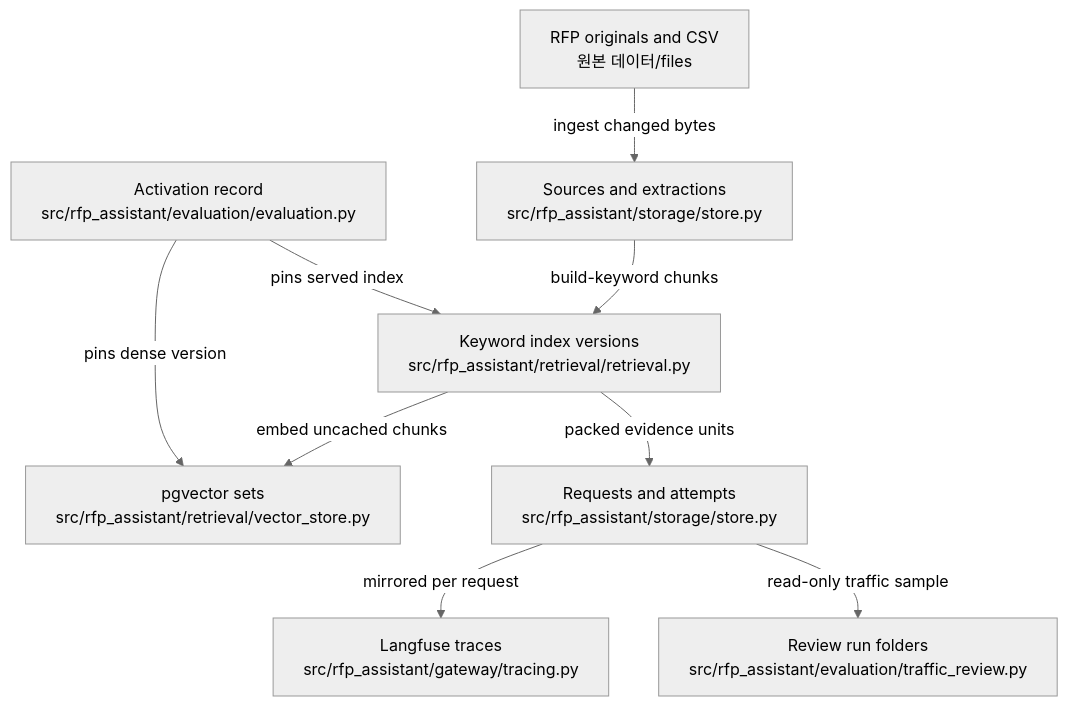
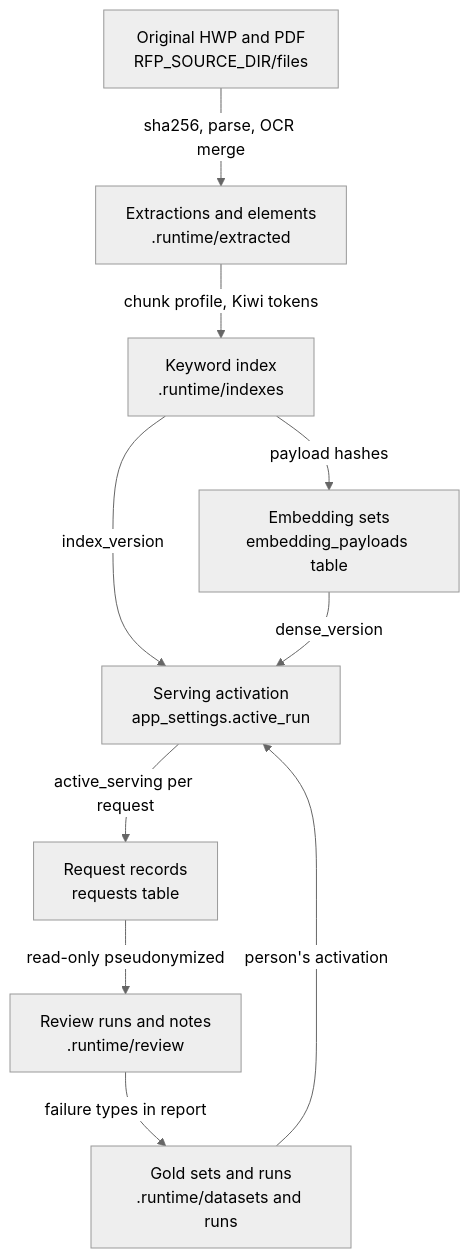
One commit to littleeeeebit/project-codeit-mid changed the diagram in .omm/data-flow/diagram.mmd. Above: the diagram before and after it, drawn with Mermaid (neutral theme). The commit also changed 367 other files, not shown here.

```diff
--- a/.omm/data-flow/diagram.mmd
+++ b/.omm/data-flow/diagram.mmd
@@ -1,17 +1,10 @@
 graph TD
-  source-originals["RFP originals and CSV\n원본 데이터/files"]
-  extraction-records["Sources and extractions\nsrc/rfp_assistant/storage/store.py"]
-  keyword-index["Keyword index versions\nsrc/rfp_assistant/retrieval/retrieval.py"]
-  vector-sets["pgvector sets\nsrc/rfp_assistant/retrieval/vector_store.py"]
-  activation-record["Activation record\nsrc/rfp_assistant/evaluation/evaluation.py"]
-  request-records["Requests and attempts\nsrc/rfp_assistant/storage/store.py"]
-  langfuse-traces["Langfuse traces\nsrc/rfp_assistant/gateway/tracing.py"]
-  review-runs["Review run folders\nsrc/rfp_assistant/evaluation/traffic_review.py"]
-  source-originals -->|ingest changed bytes| extraction-records
-  extraction-records -->|build-keyword chunks| keyword-index
-  keyword-index -->|embed uncached chunks| vector-sets
-  activation-record -->|pins served index| keyword-index
-  activation-record -->|pins dense version| vector-sets
-  keyword-index -->|packed evidence units| request-records
-  request-records -->|mirrored per request| langfuse-traces
-  request-records -->|read-only traffic sample| review-runs
+  originals["Original HWP and PDF\nRFP_SOURCE_DIR/files"] -->|"sha256, parse, OCR merge"| extractions["Extractions and elements\n.runtime/extracted"]
+  extractions -->|"chunk profile, Kiwi tokens"| keyword-index["Keyword index\n.runtime/indexes"]
+  keyword-index -->|"payload hashes"| embedding-sets["Embedding sets\nembedding_payloads table"]
+  keyword-index -->|"index_version"| serving-activation["Serving activation\napp_settings.active_run"]
+  embedding-sets -->|"dense_version"| serving-activation
+  evaluation-artifacts["Gold sets and runs\n.runtime/datasets and runs"] -->|"person's activation"| serving-activation
+  serving-activation -->|"active_serving per request"| request-records["Request records\nrequests table"]
+  request-records -->|"read-only pseudonymized"| review-runs["Review runs and notes\n.runtime/review"]
+  review-runs -->|"failure types in report"| evaluation-artifacts
```
